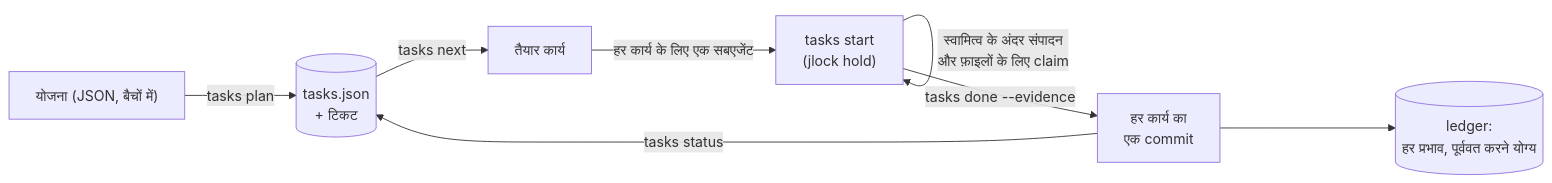
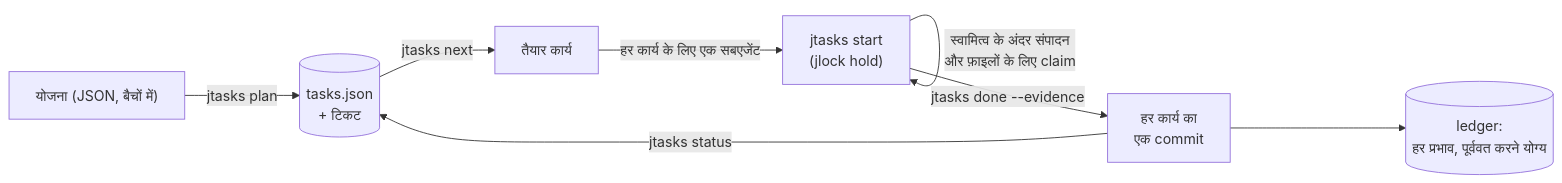
The diagram in README.hi.md (rodrigojager/jtasks), drawn with Mermaid before and after one commit. The commit also changed other lines of this file and 98 other files, not shown here.

````diff
--- a/README.hi.md
+++ b/README.hi.md
@@ -24,10 +24,10 @@
 ```mermaid
 flowchart LR
-  plan["योजना (JSON, बैचों में)"] -->|tasks plan| list[("tasks.json\n+ टिकट")]
-  list -->|tasks next| ready["तैयार कार्य"]
-  ready -->|हर कार्य के लिए एक सबएजेंट| work["tasks start\n(jlock hold)"]
+  plan["योजना (JSON, बैचों में)"] -->|jtasks plan| list[("tasks.json\n+ टिकट")]
+  list -->|jtasks next| ready["तैयार कार्य"]
+  ready -->|हर कार्य के लिए एक सबएजेंट| work["jtasks start\n(jlock hold)"]
   work -->|स्वामित्व के अंदर संपादन\nऔर फ़ाइलों के लिए claim| work
-  work -->|tasks done --evidence| commit["हर कार्य का\nएक commit"]
+  work -->|jtasks done --evidence| commit["हर कार्य का\nएक commit"]
   commit --> ledger[("ledger:\nहर प्रभाव, पूर्ववत करने योग्य")]
-  commit -->|tasks status| list
+  commit -->|jtasks status| list
 ```
````
